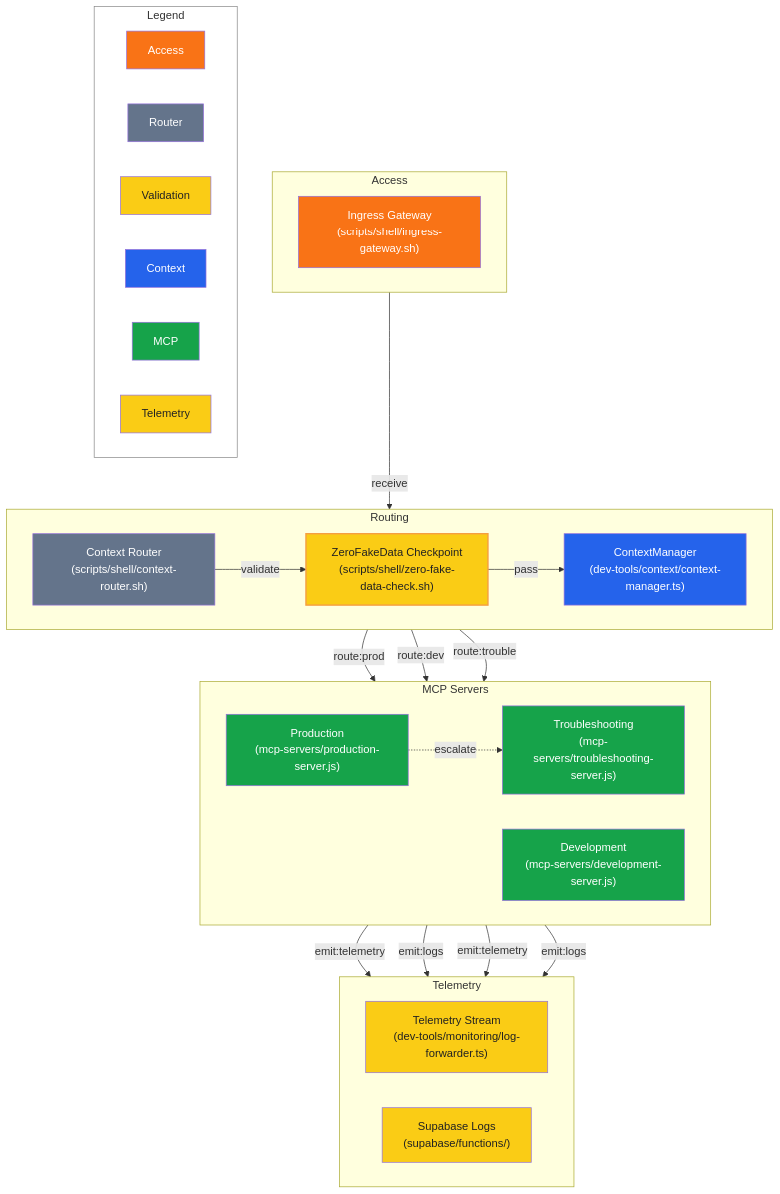
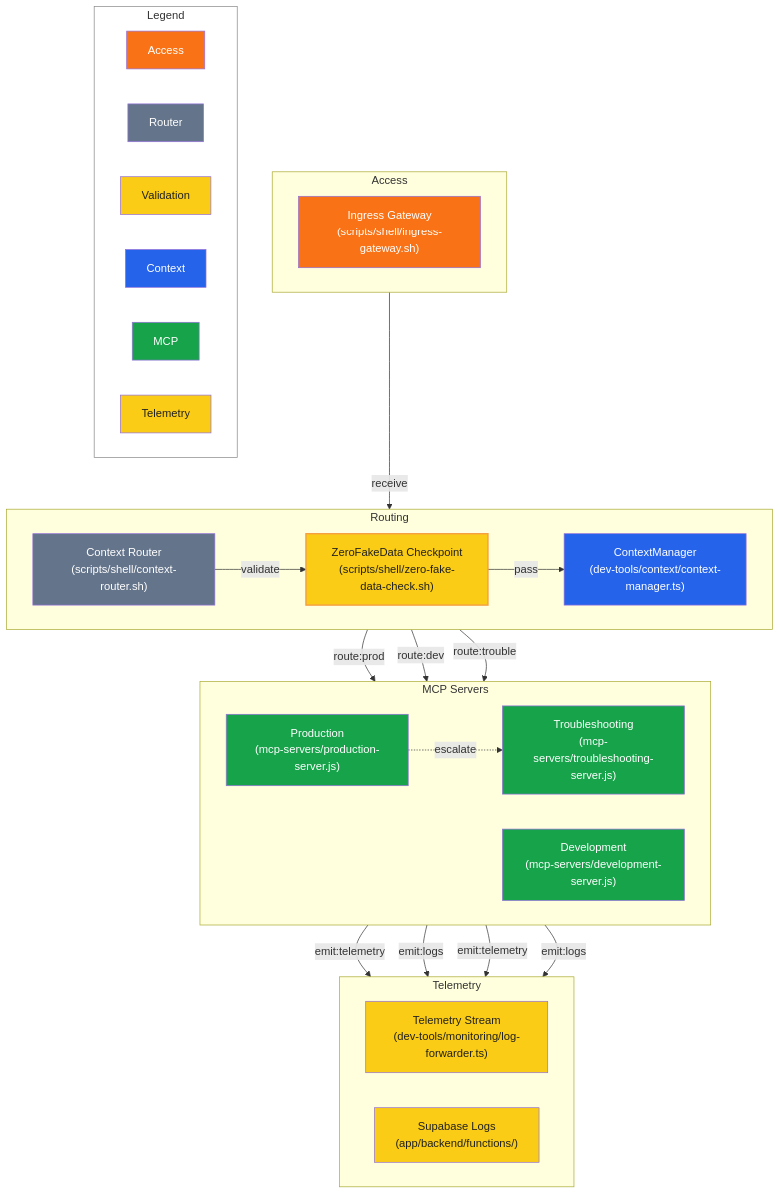
The diagram in docs/tooling/mcp-routing-overview.mmd (Alextorelli/ProspectPro), drawn with Mermaid before and after one commit. The commit also changed 44 other files, not shown here.

First line of the commit message:
Refactor Supabase functions migration and update dependencies

```diff
--- a/docs/tooling/mcp-routing-overview.mmd
+++ b/docs/tooling/mcp-routing-overview.mmd
@@ -1,68 +1,68 @@
 ---
 id: mcp-routing-overview
 intent: "Show routing from ingress through the context router to MCP servers and telemetry sinks with validation checkpoints."
 context: |
   Node IDs map to stable repo paths so agents can cross-reference scripts quickly. Zero-fake-data validation and ContextManager routing must occur before invoking any MCP server.
 ---
 
 flowchart TD
   subgraph AccessLayer["Access"]
     direction LR
     INGRESS_GATEWAY["Ingress Gateway\n(scripts/shell/ingress-gateway.sh)"]:::access
   end
 
   subgraph RoutingLayer["Routing"]
     direction LR
     CONTEXT_ROUTER["Context Router\n(scripts/shell/context-router.sh)"]:::router
     ZERO_FAKE_DATA_CHECK["ZeroFakeData Checkpoint\n(scripts/shell/zero-fake-data-check.sh)"]:::validate
     CONTEXT_MANAGER["ContextManager\n(dev-tools/context/context-manager.ts)"]:::context
   end
 
   subgraph MCPLayer["MCP Servers"]
     direction LR
     MCP_PROD["Production\n(mcp-servers/production-server.js)"]:::mcp
     MCP_DEV["Development\n(mcp-servers/development-server.js)"]:::mcp
     MCP_TROUBLE["Troubleshooting\n(mcp-servers/troubleshooting-server.js)"]:::mcp
   end
 
   subgraph TelemetryLayer["Telemetry"]
     direction LR
     TELEMETRY_STREAM["Telemetry Stream\n(dev-tools/monitoring/log-forwarder.ts)"]:::telemetry
-    SUPABASE_LOGS["Supabase Logs\n(supabase/functions/)"]:::telemetry
+    SUPABASE_LOGS["Supabase Logs\n(app/backend/functions/)"]:::telemetry
   end
 
   INGRESS_GATEWAY -- "receive" --> CONTEXT_ROUTER
   CONTEXT_ROUTER -- "validate" --> ZERO_FAKE_DATA_CHECK
   ZERO_FAKE_DATA_CHECK -- "pass" --> CONTEXT_MANAGER
   CONTEXT_MANAGER -- "route:prod" --> MCP_PROD
   CONTEXT_MANAGER -- "route:dev" --> MCP_DEV
   CONTEXT_MANAGER -- "route:trouble" --> MCP_TROUBLE
   MCP_PROD -- "emit:telemetry" --> TELEMETRY_STREAM
   MCP_PROD -- "emit:logs" --> SUPABASE_LOGS
   MCP_DEV -- "emit:telemetry" --> TELEMETRY_STREAM
   MCP_TROUBLE -- "emit:logs" --> SUPABASE_LOGS
   MCP_PROD -. "escalate" .-> MCP_TROUBLE
 
   classDef access fill:#f97316,color:#fff;
   classDef router fill:#64748b,color:#fff;
   classDef validate fill:#facc15,color:#222,stroke:#f59e42,stroke-width:2px;
   classDef context fill:#2563eb,color:#fff;
   classDef mcp fill:#16a34a,color:#fff;
   classDef telemetry fill:#facc15,color:#222;
 
   subgraph Legend["Legend"]
     direction LR
     L1["Access"]
     L2["Router"]
     L3["Validation"]
     L4["Context"]
     L5["MCP"]
     L6["Telemetry"]
     style Legend fill:#fff,stroke:#888,stroke-width:1px
     style L1 fill:#f97316,color:#fff
     style L2 fill:#64748b,color:#fff
     style L3 fill:#facc15,color:#222
     style L4 fill:#2563eb,color:#fff
     style L5 fill:#16a34a,color:#fff
     style L6 fill:#facc15,color:#222
   end
```
